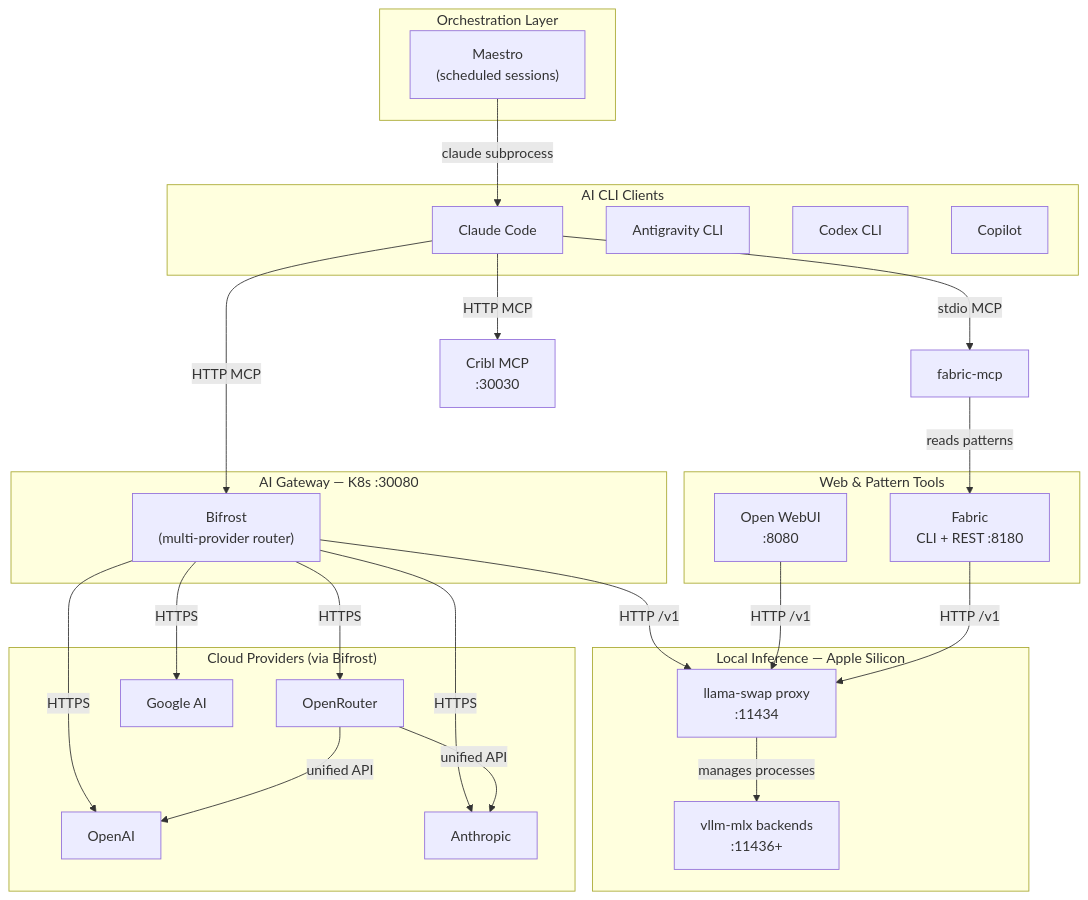
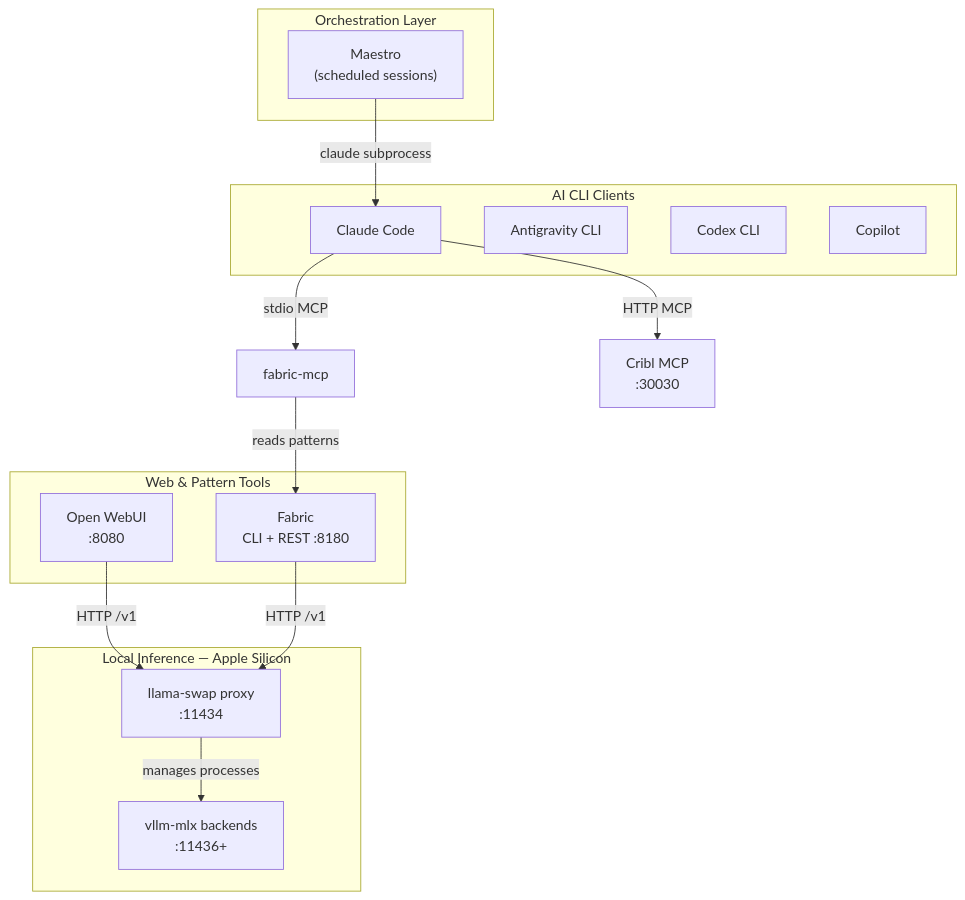
Before and after one commit to dryvist/nix-ai: the first of 4 diagrams in docs/architecture/system-integration-map.md, drawn with Mermaid. The commit also changed other lines of this file and 17 other files, not shown here.

Commit message:
refactor(bifrost): decouple nix-ai clients from the Bifrost gateway (#1100)

````diff
--- a/docs/architecture/system-integration-map.md
+++ b/docs/architecture/system-integration-map.md
@@ -11,55 +11,34 @@
 ```mermaid
 graph TD
     subgraph Clients["AI CLI Clients"]
         CC["Claude Code"]
         GEM["Antigravity CLI"]
         CDX["Codex CLI"]
         COP["Copilot"]
     end
 
     subgraph Orchestration["Orchestration Layer"]
         MAE["Maestro\n(scheduled sessions)"]
     end
 
-    subgraph Gateway["AI Gateway — K8s :30080"]
-        BIF["Bifrost\n(multi-provider router)"]
-    end
-
     subgraph LocalInference["Local Inference — Apple Silicon"]
         LS["llama-swap proxy\n:11434"]
         VLLM["vllm-mlx backends\n:11436+"]
     end
 
     subgraph WebTools["Web & Pattern Tools"]
         OWU["Open WebUI\n:8080"]
         FAB["Fabric\nCLI + REST :8180"]
     end
 
-    subgraph Cloud["Cloud Providers (via Bifrost)"]
-        OR["OpenRouter"]
-        OAI["OpenAI"]
-        ANT["Anthropic"]
-        GGL["Google AI"]
-    end
-
     CC -->|stdio MCP| FAB_MCP["fabric-mcp"]
-    CC -->|HTTP MCP| BIF
     CC -->|HTTP MCP| CRIBL["Cribl MCP\n:30030"]
     MAE -->|claude subprocess| CC
 
     FAB_MCP -->|reads patterns| FAB
-
-    BIF -->|HTTP /v1| LS
-    BIF -->|HTTPS| OR
-    BIF -->|HTTPS| OAI
-    BIF -->|HTTPS| ANT
-    BIF -->|HTTPS| GGL
-
-    OR -->|unified API| OAI
-    OR -->|unified API| ANT
 
     OWU -->|HTTP /v1| LS
     FAB -->|HTTP /v1| LS
 
     LS -->|manages processes| VLLM
 ```
````
